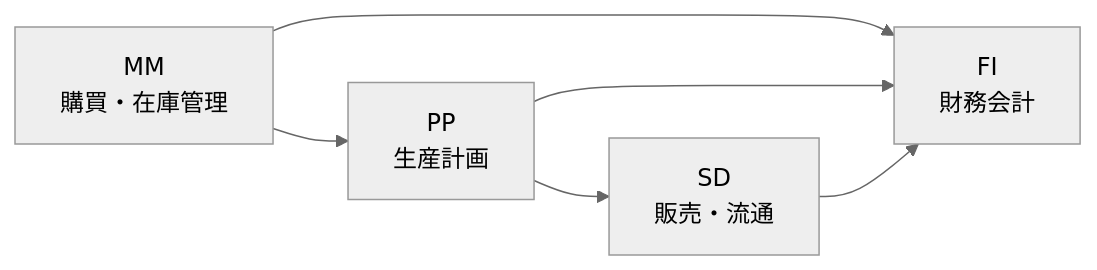
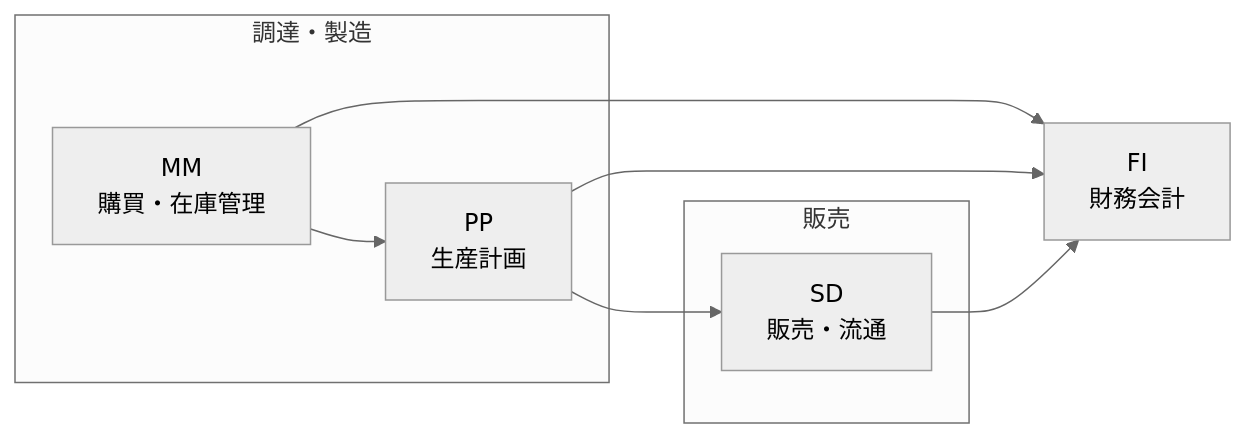
The diagram in content/what-is-sap.md (ryuto0203/sap-blog-hugo), drawn with Mermaid (neutral theme) before and after one commit. The commit also changed 1 other file, not shown here.

Commit message:
Mermaidエラー原因修正・ブログサイドバーにカテゴリ一覧追加
- what-is-sap.md のsubgraph名を id["ラベル"] 形式に修正（・含む名前の構文エラー解消）
- sidebar.html にカテゴリ一覧ウィジェットを追加（トップページと同じ表示）

````diff
--- a/content/what-is-sap.md
+++ b/content/what-is-sap.md
@@ -26,8 +26,16 @@
 ```mermaid
 flowchart LR
-  MM["MM\n購買・在庫管理"] --> PP["PP\n生産計画"]
-  PP --> SD["SD\n販売・流通"]
-  MM --> FI["FI\n財務会計"]
+  subgraph PROD["調達・製造"]
+    MM["MM\n購買・在庫管理"]
+    PP["PP\n生産計画"]
+  end
+  subgraph SALES["販売"]
+    SD["SD\n販売・流通"]
+  end
+  FI["FI\n財務会計"]
+  MM --> PP
+  PP --> SD
+  MM --> FI
   PP --> FI
   SD --> FI
 ```
````
